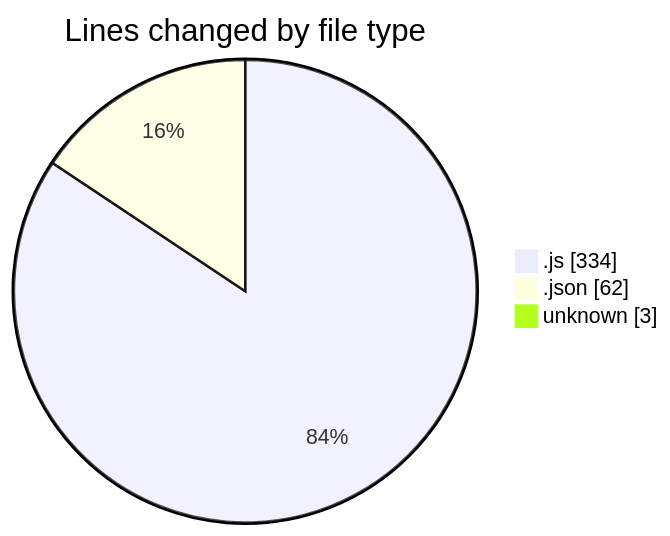
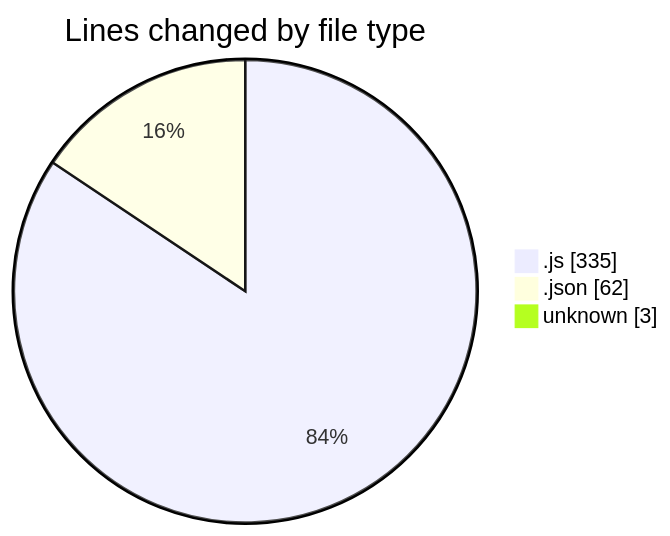
The first of 2 diagrams in 2025-07-02/mern-thinkboard/README.md (Ritupan-Deka/code-tracking), drawn with Mermaid before and after one commit. The commit also changed other lines of this file and 1 other file, not shown here.

````diff
--- a/2025-07-02/mern-thinkboard/README.md
+++ b/2025-07-02/mern-thinkboard/README.md
@@ -28,7 +28,7 @@
 ```mermaid
 pie showData
 title Lines changed by file type
-".js" : 334
+".js" : 335
 ".json" : 62
 "unknown" : 3
 ```
````
